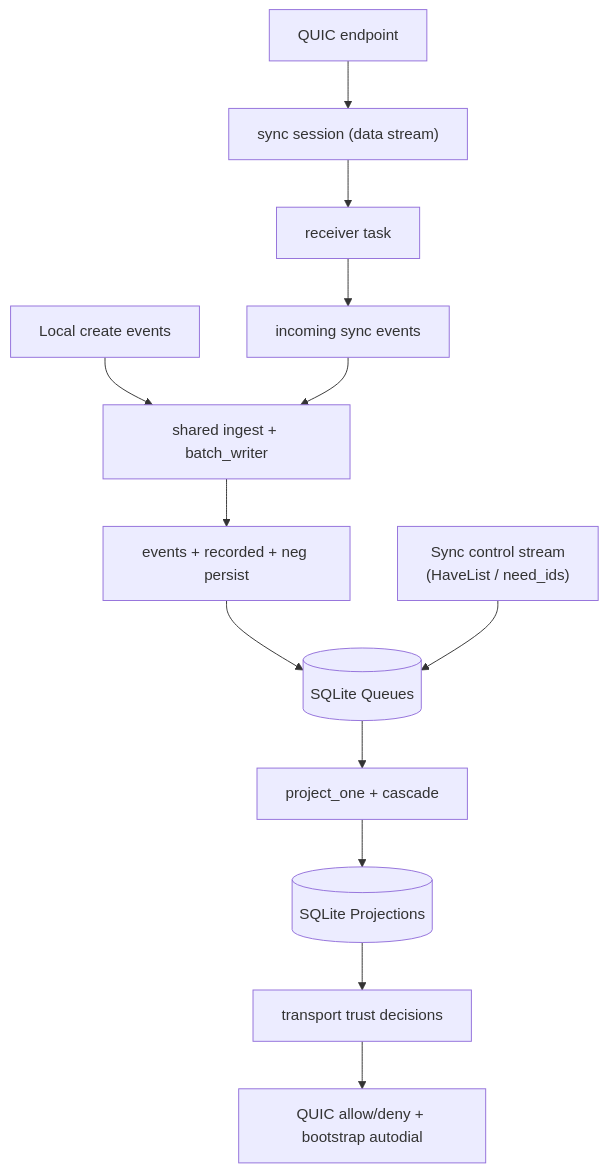
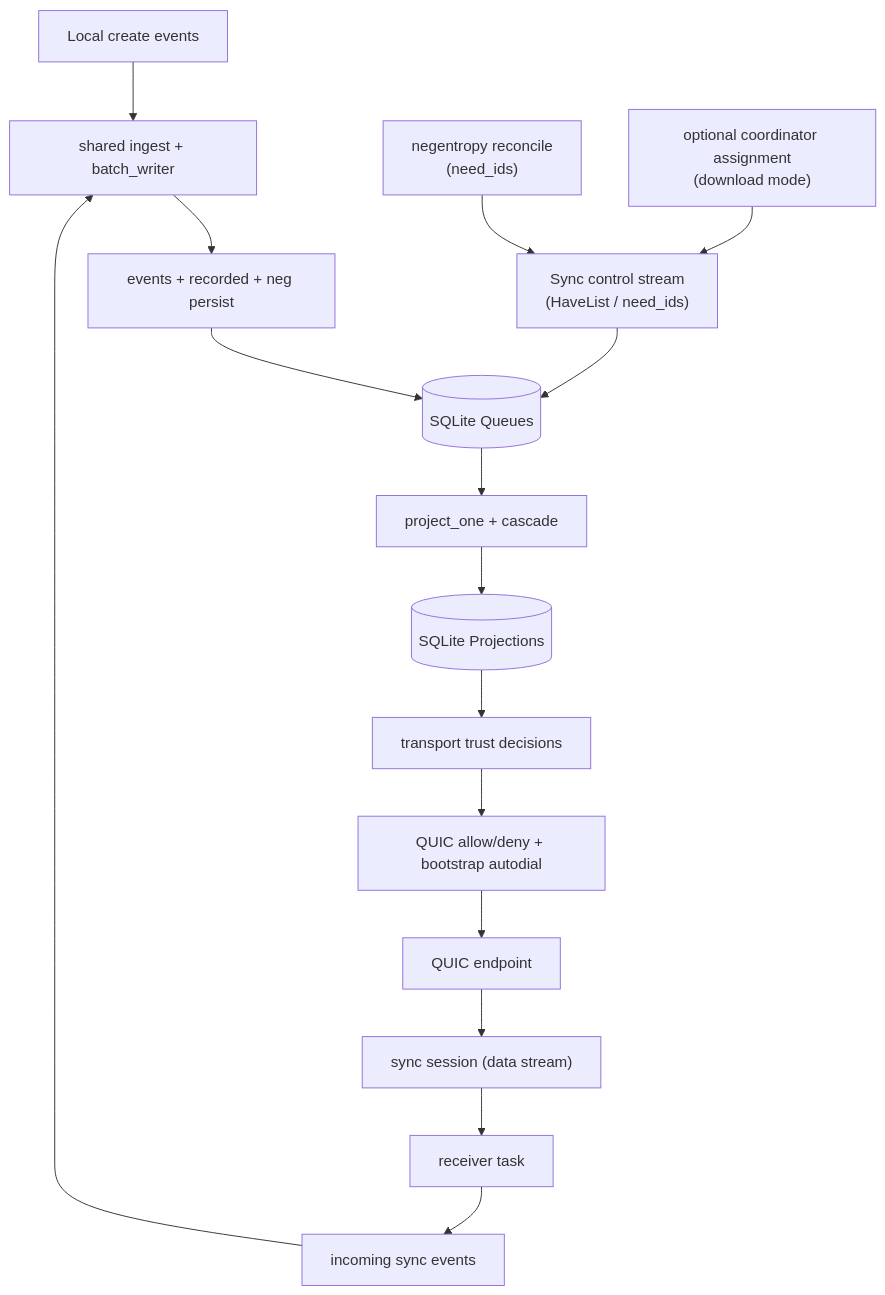
The fifth of 5 diagrams in docs/CURRENT_RUNTIME_DIAGRAM.md (holmesworcester/topo), drawn with Mermaid before and after one commit. The commit also changed other lines of this file, not shown here.

Commit message:
Add QUIC feedback edge and HaveList source annotations

````diff
--- a/docs/CURRENT_RUNTIME_DIAGRAM.md
+++ b/docs/CURRENT_RUNTIME_DIAGRAM.md
@@ -124,18 +124,21 @@
 ```mermaid
 flowchart TD
     LOCAL["Local create events"] --> INGEST["shared ingest + batch_writer"]
 
     QUIC["QUIC endpoint"] --> SESS["sync session (data stream)"]
     SESS --> RECV["receiver task"]
     RECV --> INCOMING["incoming sync events"]
     INCOMING --> INGEST
 
     INGEST --> STORE["events + recorded + neg persist"]
     STORE --> QDB[("SQLite Queues")]
     QDB --> APPLY["project_one + cascade"]
     APPLY --> PDB[("SQLite Projections")]
 
-    CTRL["Sync control stream\n(HaveList / need_ids)"] --> QDB
+    NEG["negentropy reconcile\n(need_ids)"] --> CTRL["Sync control stream\n(HaveList / need_ids)"]
+    COORD["optional coordinator assignment\n(download mode)"] --> CTRL
+    CTRL --> QDB
     PDB --> TRUST["transport trust decisions"]
     TRUST --> NET["QUIC allow/deny + bootstrap autodial"]
+    NET --> QUIC
 ```
````
